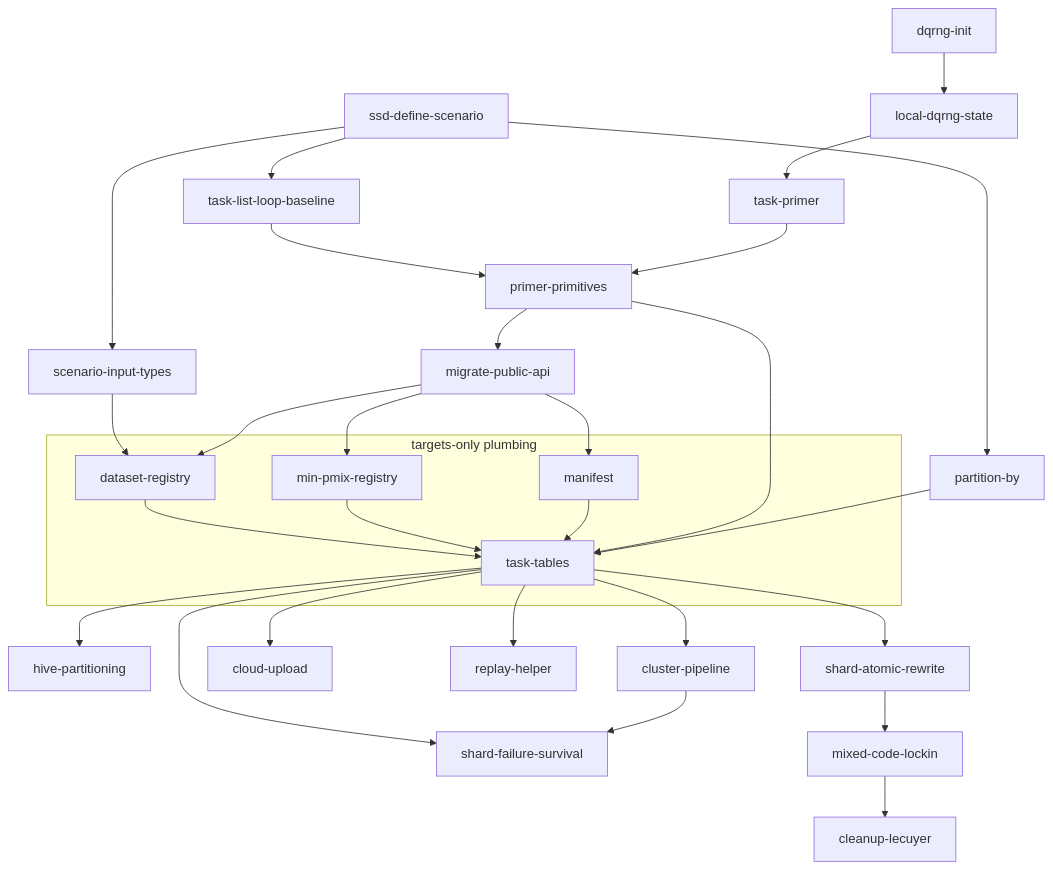
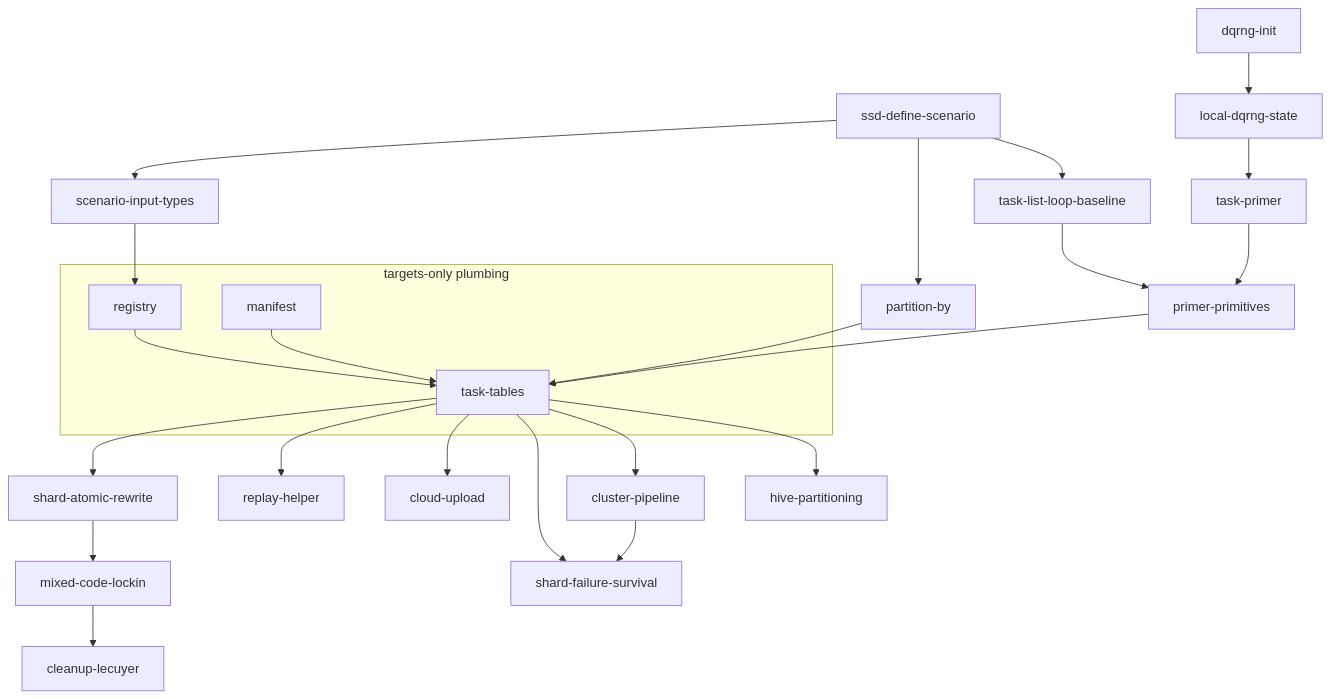
Before and after one commit to poissonconsulting/ssdsims: the diagram in TARGETS-DESIGN.md, drawn with Mermaid. The commit also changed other lines of this file, not shown here.

First line of the commit message:
docs: drop targets dependency on public-API migration; merge registries; fold in targets-lab learnings

````diff
--- a/TARGETS-DESIGN.md
+++ b/TARGETS-DESIGN.md
@@ -1820,59 +1909,51 @@
 ```mermaid
 flowchart TD
     define[ssd-define-scenario]
     inputs[scenario-input-types]
     baseline[task-list-loop-baseline]
     dqinit[dqrng-init]
     dqstate[local-dqrng-state]
     primer[task-primer]
     prims[primer-primitives]
-    migrate[migrate-public-api]
     partby[partition-by]
 
     subgraph targets [targets-only plumbing]
-        dsreg[dataset-registry]
-        pmreg[min-pmix-registry]
+        reg[registry]
         manif[manifest]
         tt[task-tables]
-        dsreg --> tt
-        pmreg --> tt
+        reg --> tt
         manif --> tt
     end
 
     hive[hive-partitioning]
     cluster[cluster-pipeline]
     survive[shard-failure-survival]
     cloud[cloud-upload]
     replay[replay-helper]
     rewrite[shard-atomic-rewrite]
     lockin[mixed-code-lockin]
     cleanup[cleanup-lecuyer]
 
     define --> baseline
     define --> partby
     define --> inputs
-    inputs --> dsreg
+    inputs --> reg
     dqinit --> dqstate
     dqstate --> primer
     baseline --> prims
     primer --> prims
 
-    prims --> migrate
     prims --> tt
-
-    migrate --> dsreg
-    migrate --> pmreg
-    migrate --> manif
     partby --> tt
 
     tt --> hive
     tt --> cluster
     tt --> survive
     tt --> cloud
     tt --> replay
     tt --> rewrite
 
     cluster --> survive
     rewrite --> lockin
     lockin --> cleanup
 ```
````
